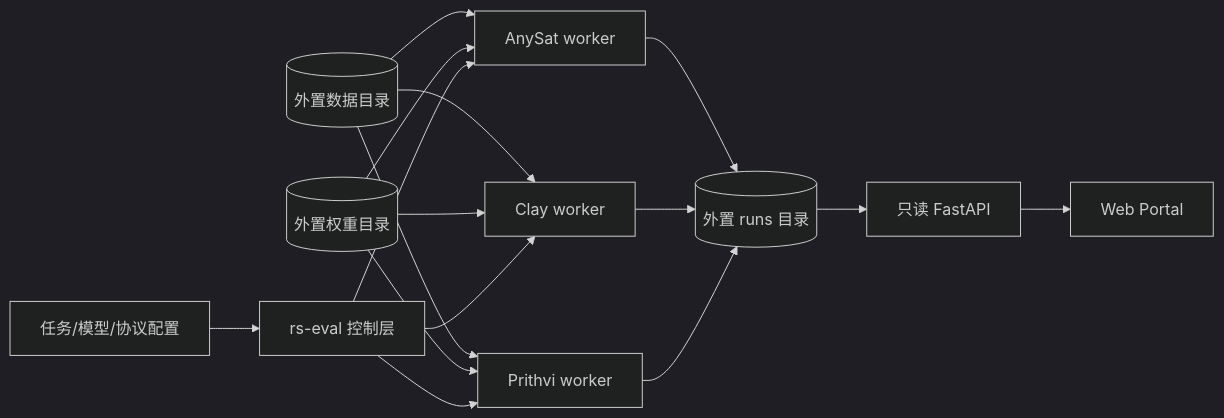
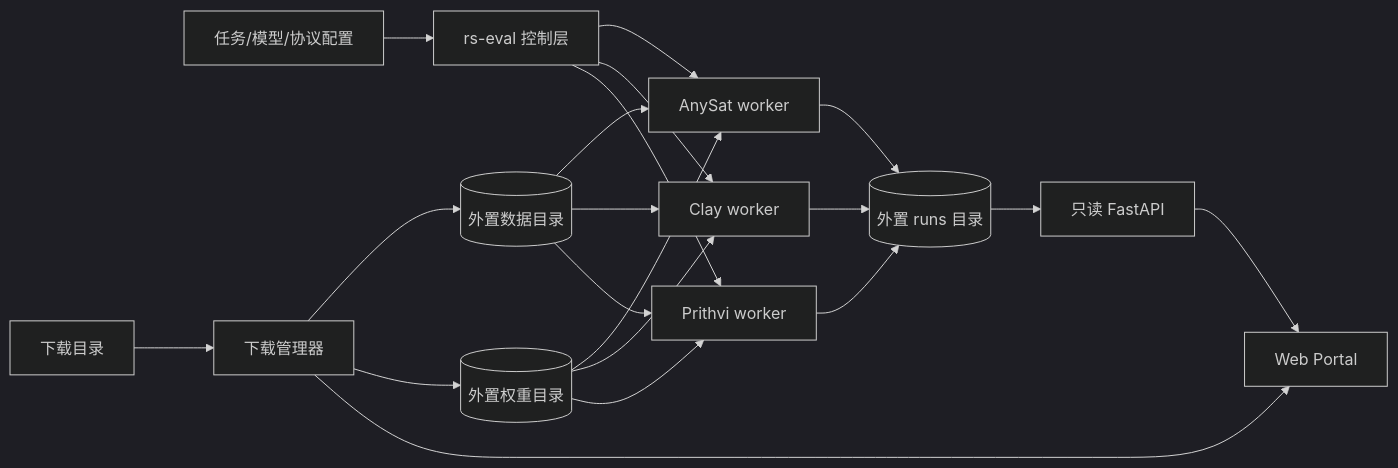
The diagram in docs/代码基础设施与Web_Portal设计.md (yzhong1985/rs-backbone-eval), drawn with Mermaid (dark theme) before and after one commit. The commit also changed other lines of this file and 17 other files, not shown here.

````diff
--- a/docs/代码基础设施与Web_Portal设计.md
+++ b/docs/代码基础设施与Web_Portal设计.md
@@ -18,18 +18,22 @@
 ```mermaid
 flowchart LR
     C[任务/模型/协议配置] --> O[rs-eval 控制层]
     D[(外置数据目录)] --> W1[AnySat worker]
     D --> W2[Clay worker]
     D --> W3[Prithvi worker]
     K[(外置权重目录)] --> W1
     K --> W2
     K --> W3
     O --> W1
     O --> W2
     O --> W3
     W1 --> R[(外置 runs 目录)]
     W2 --> R
     W3 --> R
     R --> P[只读 FastAPI]
     P --> UI[Web Portal]
+    C2[下载目录] --> DM[下载管理器]
+    DM --> D
+    DM --> K
+    DM --> UI
 ```
````
